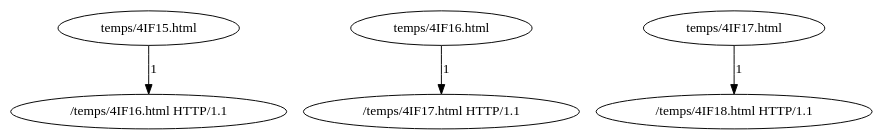
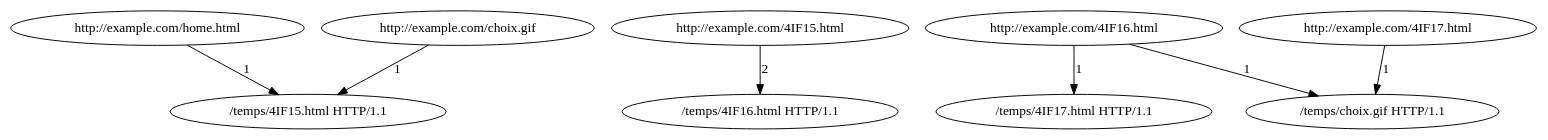
One commit to DarkoSancho/TP-log-CPP changed the diagram in app/fichier.dot. Above: the diagram before and after it, drawn with Graphviz. The commit also changed 6 other files, not shown here.

```diff
--- a/app/fichier.dot
+++ b/app/fichier.dot
@@ -1,11 +1,17 @@
 digraph {
+node8 [label="http://example.com/home.html"];
+node6 [label="http://example.com/choix.gif"];
 node5 [label="/temps/4IF16.html HTTP/1.1"];
-node4 [label="temps/4IF15.html"];
+node4 [label="http://example.com/4IF15.html"];
 node3 [label="/temps/4IF17.html HTTP/1.1"];
-node2 [label="temps/4IF16.html"];
-node1 [label="/temps/4IF18.html HTTP/1.1"];
-node0 [label="temps/4IF17.html"];
+node2 [label="http://example.com/4IF16.html"];
+node7 [label="/temps/4IF15.html HTTP/1.1"];
+node1 [label="/temps/choix.gif HTTP/1.1"];
+node0 [label="http://example.com/4IF17.html"];
 node0 -> node1 [label="1"];
+node2 -> node1 [label="1"];
 node2 -> node3 [label="1"];
-node4 -> node5 [label="1"];
+node4 -> node5 [label="2"];
+node6 -> node7 [label="1"];
+node8 -> node7 [label="1"];
 }
```
